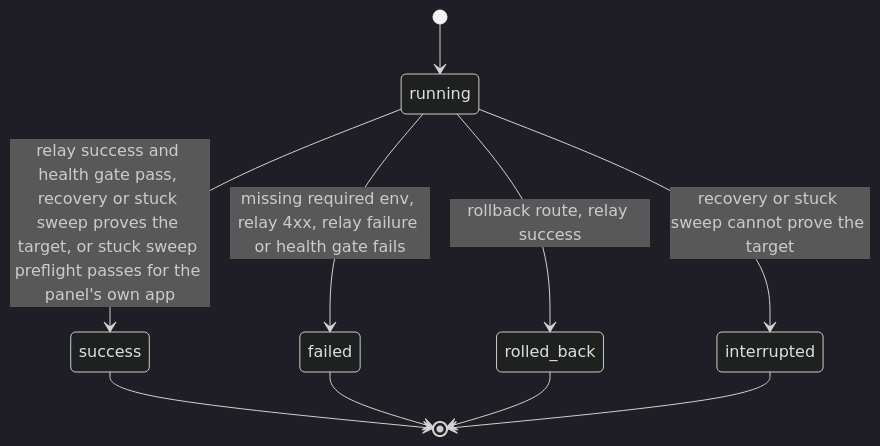
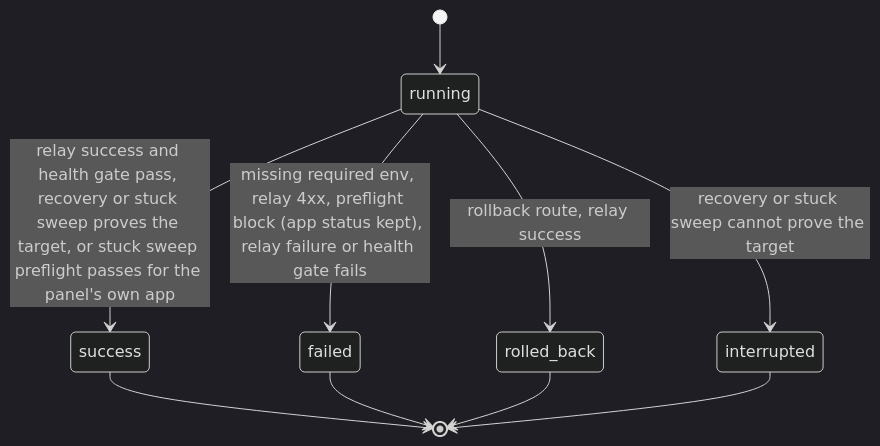
One commit to LanNguyenSi/deploy-panel changed the second of 2 diagrams in docs/architecture.md. Above: the diagram before and after it, drawn with Mermaid (dark theme). The commit also changed other lines of this file and 29 other files, not shown here.

First line of the commit message:
fix(deploy): blocked deploy keeps the app status and shows why (#190)

````diff
--- a/docs/architecture.md
+++ b/docs/architecture.md
@@ -86,12 +86,12 @@
 ```mermaid
 stateDiagram-v2
   [*] --> running
-  running --> failed: missing required env, relay 4xx, relay failure or health gate fails
+  running --> failed: missing required env, relay 4xx, preflight block (app status kept), relay failure or health gate fails
   running --> success: relay success and health gate pass, recovery or stuck sweep proves the target, or stuck sweep preflight passes for the panel's own app
   running --> rolled_back: rollback route, relay success
   running --> interrupted: recovery or stuck sweep cannot prove the target
   success --> [*]
   failed --> [*]
   rolled_back --> [*]
   interrupted --> [*]
 ```
````
